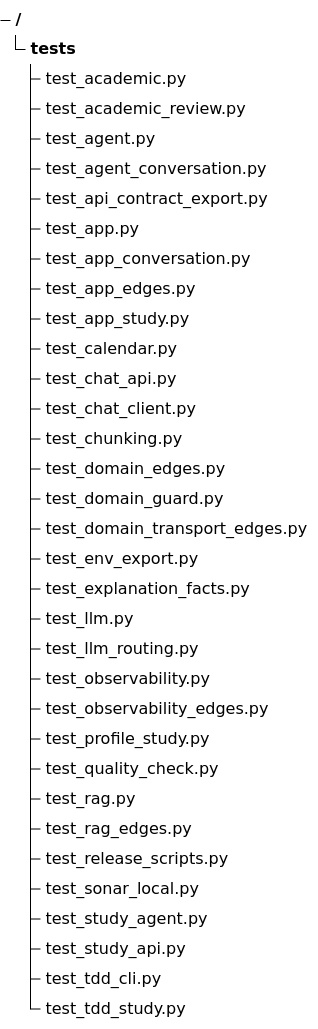
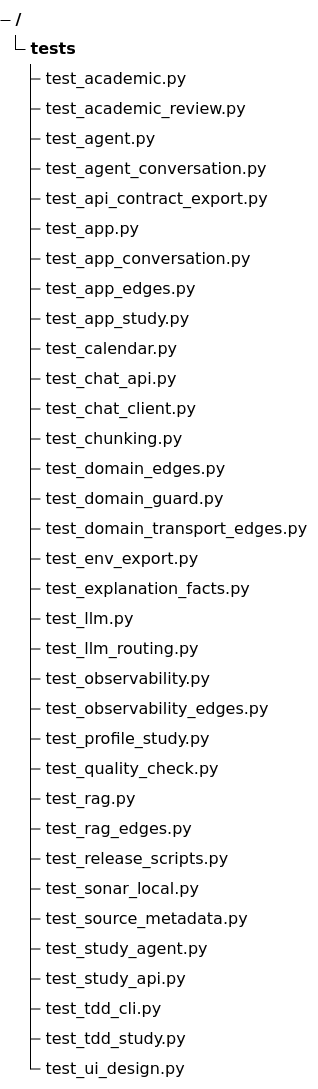
The sixth of 9 diagrams in docs/프로젝트_구조도.md (on21life-google/jolup-graduation-agent), drawn with Mermaid before and after one commit. The commit also changed other lines of this file and 50 other files, not shown here.

````diff
--- a/docs/프로젝트_구조도.md
+++ b/docs/프로젝트_구조도.md
@@ -242,36 +275,38 @@
 ```mermaid
 treeView-beta
     "tests/"
         "test_academic.py"
         "test_academic_review.py"
         "test_agent.py"
         "test_agent_conversation.py"
         "test_api_contract_export.py"
         "test_app.py"
         "test_app_conversation.py"
         "test_app_edges.py"
         "test_app_study.py"
         "test_calendar.py"
         "test_chat_api.py"
         "test_chat_client.py"
         "test_chunking.py"
         "test_domain_edges.py"
         "test_domain_guard.py"
         "test_domain_transport_edges.py"
         "test_env_export.py"
         "test_explanation_facts.py"
         "test_llm.py"
         "test_llm_routing.py"
         "test_observability.py"
         "test_observability_edges.py"
         "test_profile_study.py"
         "test_quality_check.py"
         "test_rag.py"
         "test_rag_edges.py"
         "test_release_scripts.py"
         "test_sonar_local.py"
+        "test_source_metadata.py"
         "test_study_agent.py"
         "test_study_api.py"
         "test_tdd_cli.py"
         "test_tdd_study.py"
+        "test_ui_design.py"
 ```
````
